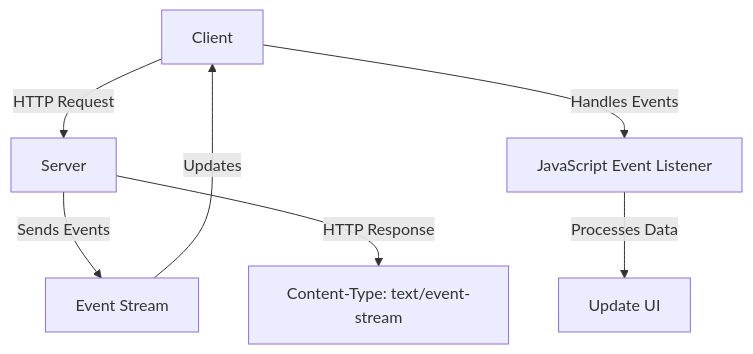
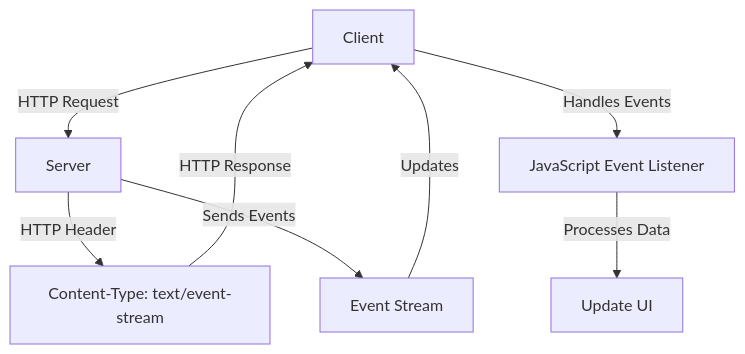
The diagram in content/posts/go/sse/index.md (bouroo/bouroo.github.io), drawn with Mermaid before and after one commit.

Commit message:
📝 Added SSE flow, removed duplicate line

```diff
--- a/content/posts/go/sse/index.md
+++ b/content/posts/go/sse/index.md
@@ -30,9 +30,10 @@
 {{< mermaid >}}
 graph TD;
     A[Client] -->|HTTP Request| B[Server]
+    B -->|HTTP Header| F[Content-Type: text/event-stream]
+    F -->|HTTP Response| A
     B -->|Sends Events| C[Event Stream]
     C -->|Updates| A
     A -->|Handles Events| D[JavaScript Event Listener]
     D -->|Processes Data| E[Update UI]
-    B -->|HTTP Response| F[Content-Type: text/event-stream]
 {{< /mermaid >}}
```
